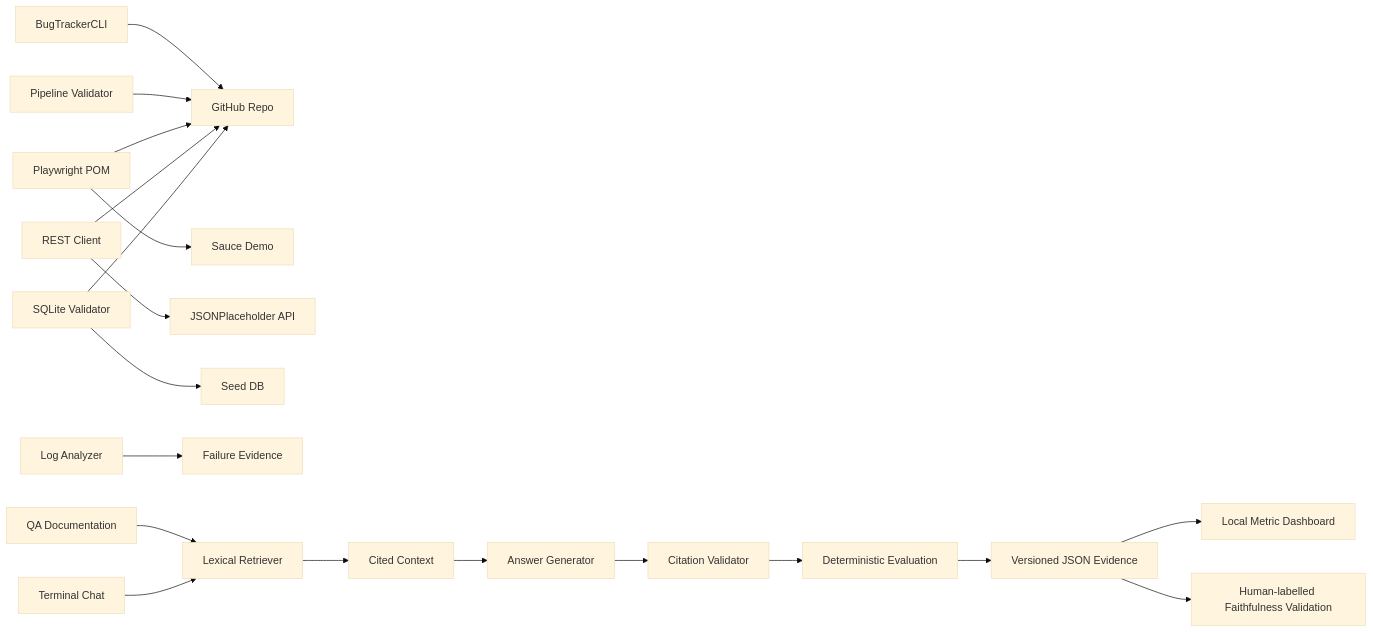
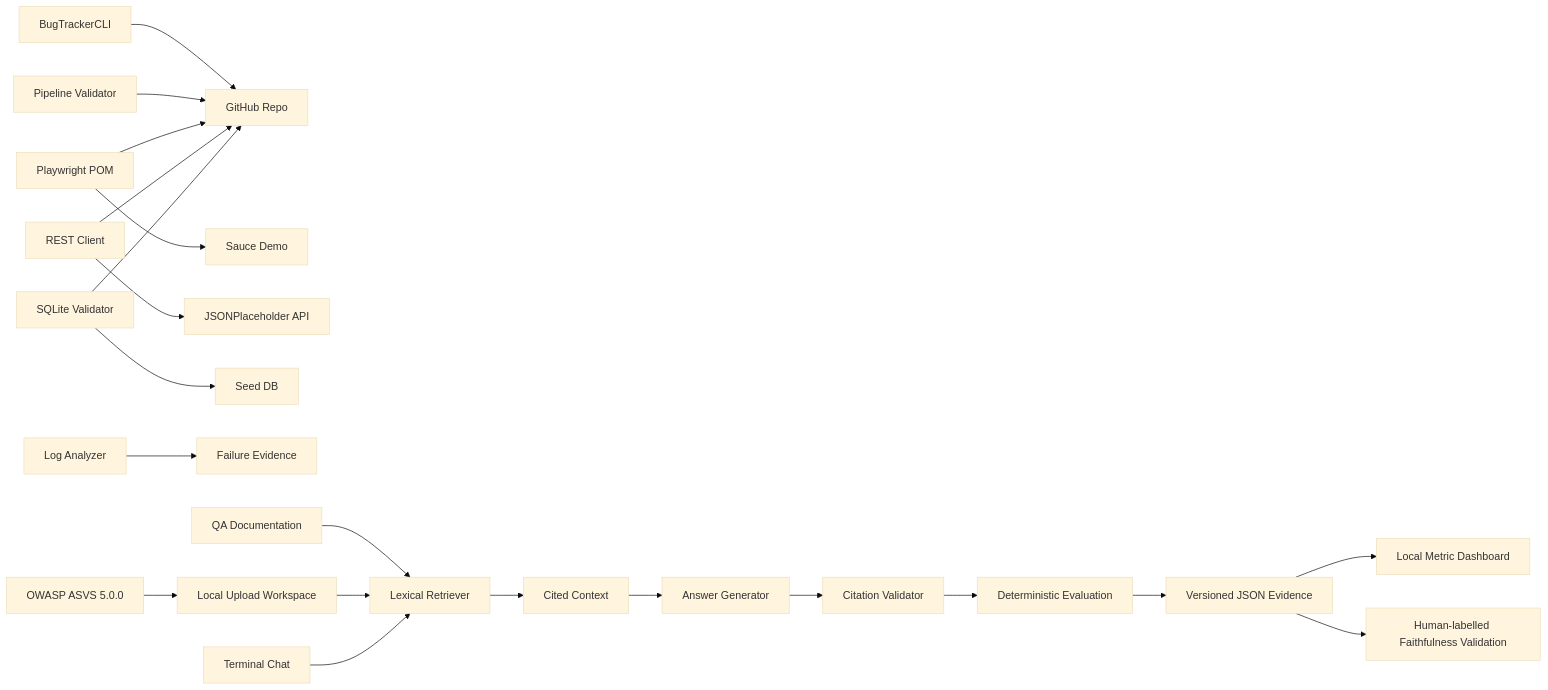
Before and after one commit to saptayh-8910/qa-compliance-sentry: the diagram in README.md, drawn with Mermaid (base theme). The commit also changed other lines of this file and 17 other files, not shown here.

Commit message:
feat: add ASVS real-data workspace

````diff
--- a/README.md
+++ b/README.md
@@ -52,21 +54,23 @@
 ```mermaid
 flowchart LR
   CLI[BugTrackerCLI] --> Repo[GitHub Repo]
   PW[Playwright POM] --> Sauce[Sauce Demo]
   API[REST Client] --> JSON[JSONPlaceholder API]
   DB[SQLite Validator] --> Seed[Seed DB]
   LOG[Log Analyzer] --> Evidence[Failure Evidence]
   PIPE[Pipeline Validator] --> Repo
   DOCS[QA Documentation] --> RAG[Lexical Retriever]
+  UPLOAD[Local Upload Workspace] --> RAG
+  ASVS[OWASP ASVS 5.0.0] --> UPLOAD
   CHAT[Terminal Chat] --> RAG
   RAG --> CTX[Cited Context]
   CTX --> GEN[Answer Generator]
   GEN --> VERIFY[Citation Validator]
   VERIFY --> EVAL[Deterministic Evaluation]
   EVAL --> EVIDENCE[Versioned JSON Evidence]
   EVIDENCE --> DASH[Local Metric Dashboard]
   EVIDENCE --> FAITH[Human-labelled Faithfulness Validation]
   PW --> Repo
   API --> Repo
   DB --> Repo
 ```
````
